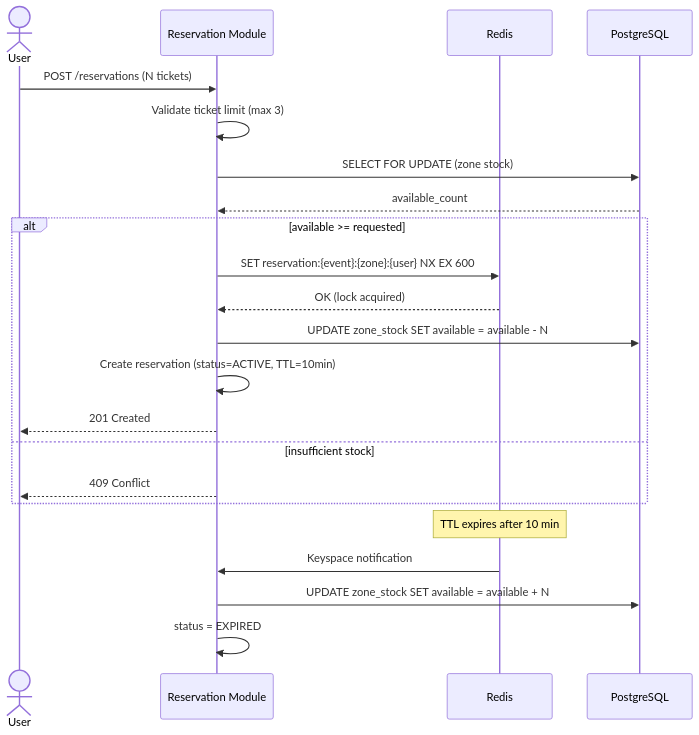
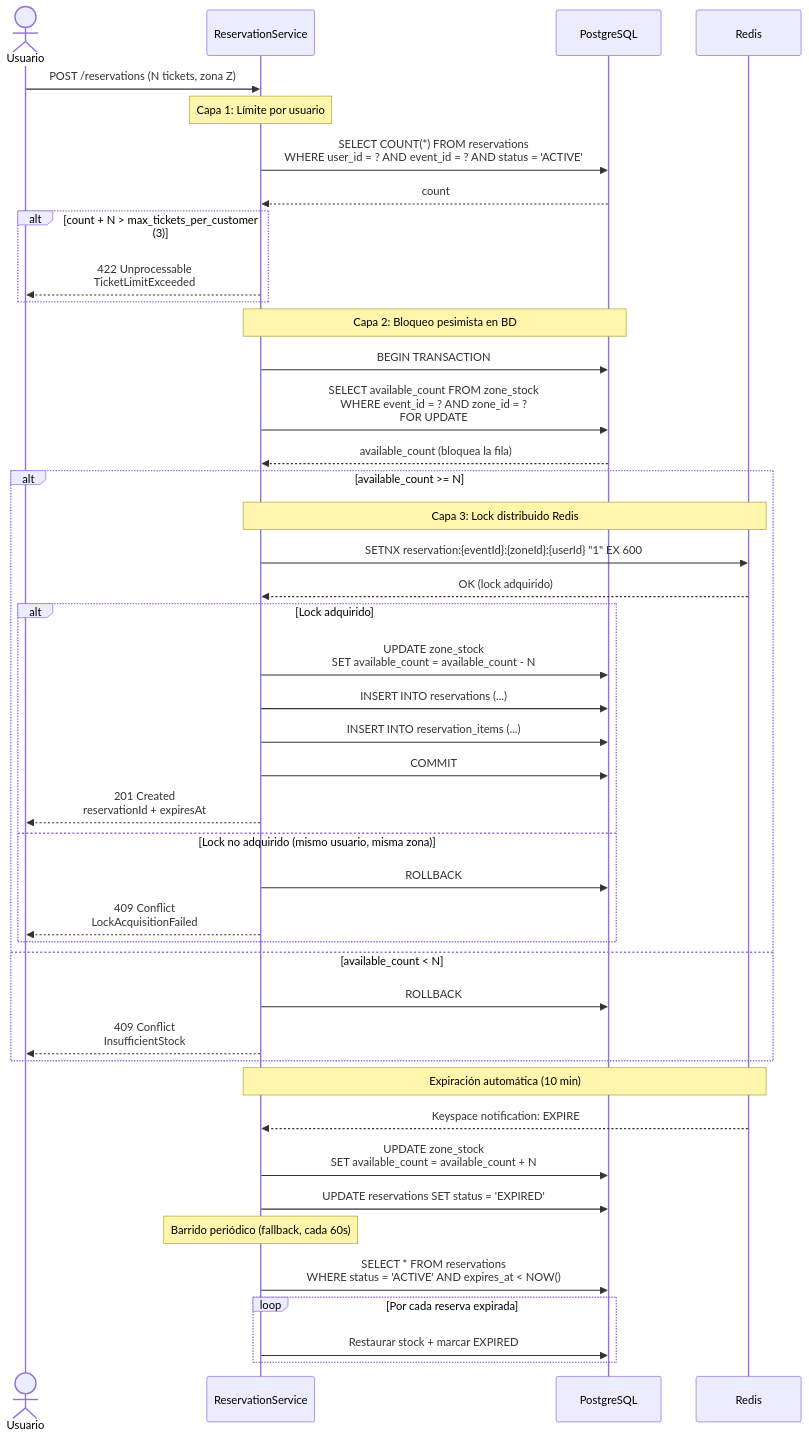
One commit to jrgavilanes/ticket-monster changed diagram 11 of 15 in README.md. Above: the diagram before and after it, drawn with Mermaid. The commit also changed other lines of this file and 3 other files, not shown here.

````diff
--- a/README.md
+++ b/README.md
@@ -117,28 +1096,52 @@
 ```mermaid
 sequenceDiagram
-    actor User
-    participant R as Reservation Module
+    actor U as Usuario
+    participant R as ReservationService
+    participant PG as PostgreSQL
     participant Redis as Redis
-    participant PG as PostgreSQL
 
-    User->>R: POST /reservations (N tickets)
-    R->>R: Validate ticket limit (max 3)
+    U->>R: POST /reservations (N tickets, zona Z)
 
-    R->>PG: SELECT FOR UPDATE (zone stock)
-    PG-->>R: available_count
-
-    alt available >= requested
-        R->>Redis: SET reservation:{event}:{zone}:{user} NX EX 600
-        Redis-->>R: OK (lock acquired)
-        R->>PG: UPDATE zone_stock SET available = available - N
-        R->>R: Create reservation (status=ACTIVE, TTL=10min)
-        R-->>User: 201 Created
-    else insufficient stock
-        R-->>User: 409 Conflict
+    Note over R: Capa 1: Límite por usuario
+    R->>PG: SELECT COUNT(*) FROM reservations<br/>WHERE user_id = ? AND event_id = ? AND status = 'ACTIVE'
+    PG-->>R: count
+    alt count + N > max_tickets_per_customer (3)
+        R-->>U: 422 Unprocessable<br/>TicketLimitExceeded
     end
 
-    Note over Redis: TTL expires after 10 min
-    Redis->>R: Keyspace notification
-    R->>PG: UPDATE zone_stock SET available = available + N
-    R->>R: status = EXPIRED
+    Note over R,PG: Capa 2: Bloqueo pesimista en BD
+    R->>PG: BEGIN TRANSACTION
+    R->>PG: SELECT available_count FROM zone_stock<br/>WHERE event_id = ? AND zone_id = ?<br/>FOR UPDATE
+    PG-->>R: available_count (bloquea la fila)
+
+    alt available_count >= N
+        Note over R,Redis: Capa 3: Lock distribuido Redis
+        R->>Redis: SETNX reservation:{eventId}:{zoneId}:{userId} "1" EX 600
+        Redis-->>R: OK (lock adquirido)
+
+        alt Lock adquirido
+            R->>PG: UPDATE zone_stock<br/>SET available_count = available_count - N
+            R->>PG: INSERT INTO reservations (...)
+            R->>PG: INSERT INTO reservation_items (...)
+            R->>PG: COMMIT
+            R-->>U: 201 Created<br/>reservationId + expiresAt
+        else Lock no adquirido (mismo usuario, misma zona)
+            R->>PG: ROLLBACK
+            R-->>U: 409 Conflict<br/>LockAcquisitionFailed
+        end
+    else available_count < N
+        R->>PG: ROLLBACK
+        R-->>U: 409 Conflict<br/>InsufficientStock
+    end
+
+    Note over Redis,R: Expiración automática (10 min)
+    Redis-->>R: Keyspace notification: EXPIRE
+    R->>PG: UPDATE zone_stock<br/>SET available_count = available_count + N
+    R->>PG: UPDATE reservations SET status = 'EXPIRED'
+
+    Note over R: Barrido periódico (fallback, cada 60s)
+    R->>PG: SELECT * FROM reservations<br/>WHERE status = 'ACTIVE' AND expires_at < NOW()
+    loop Por cada reserva expirada
+        R->>PG: Restaurar stock + marcar EXPIRED
+    end
 ```
````
